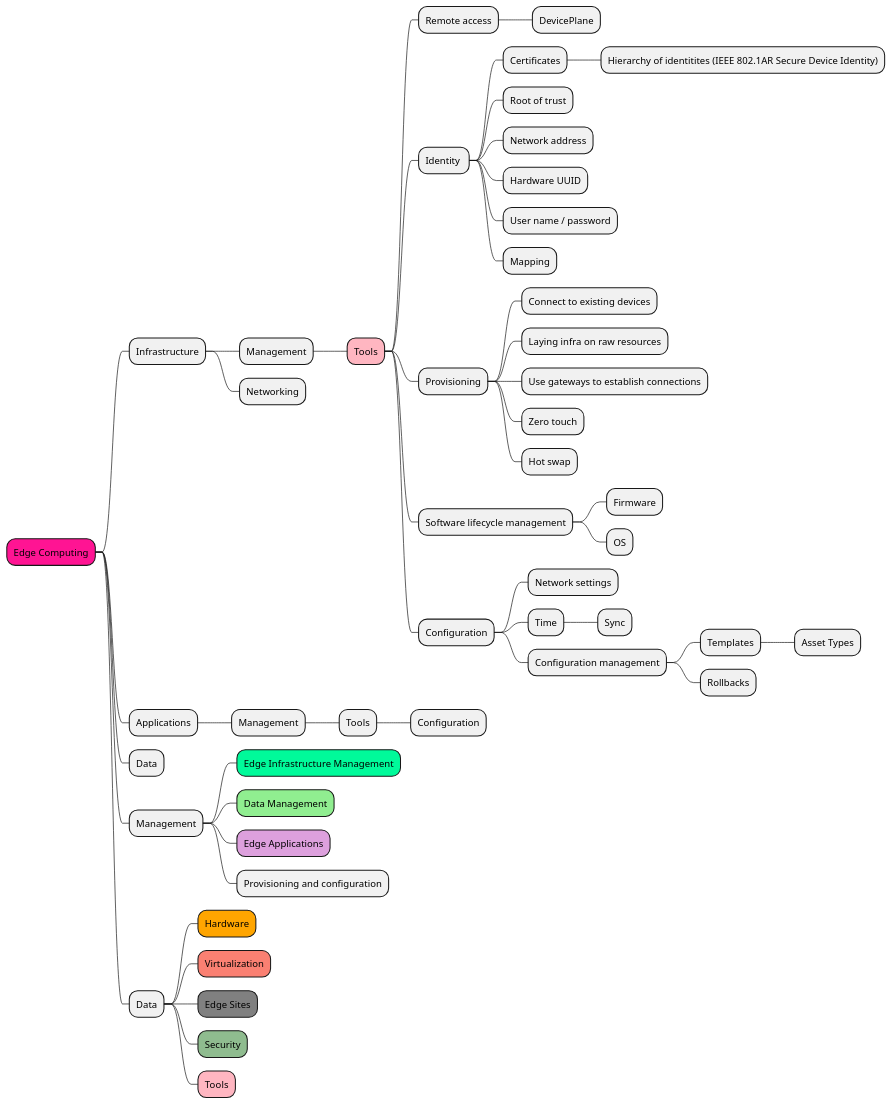
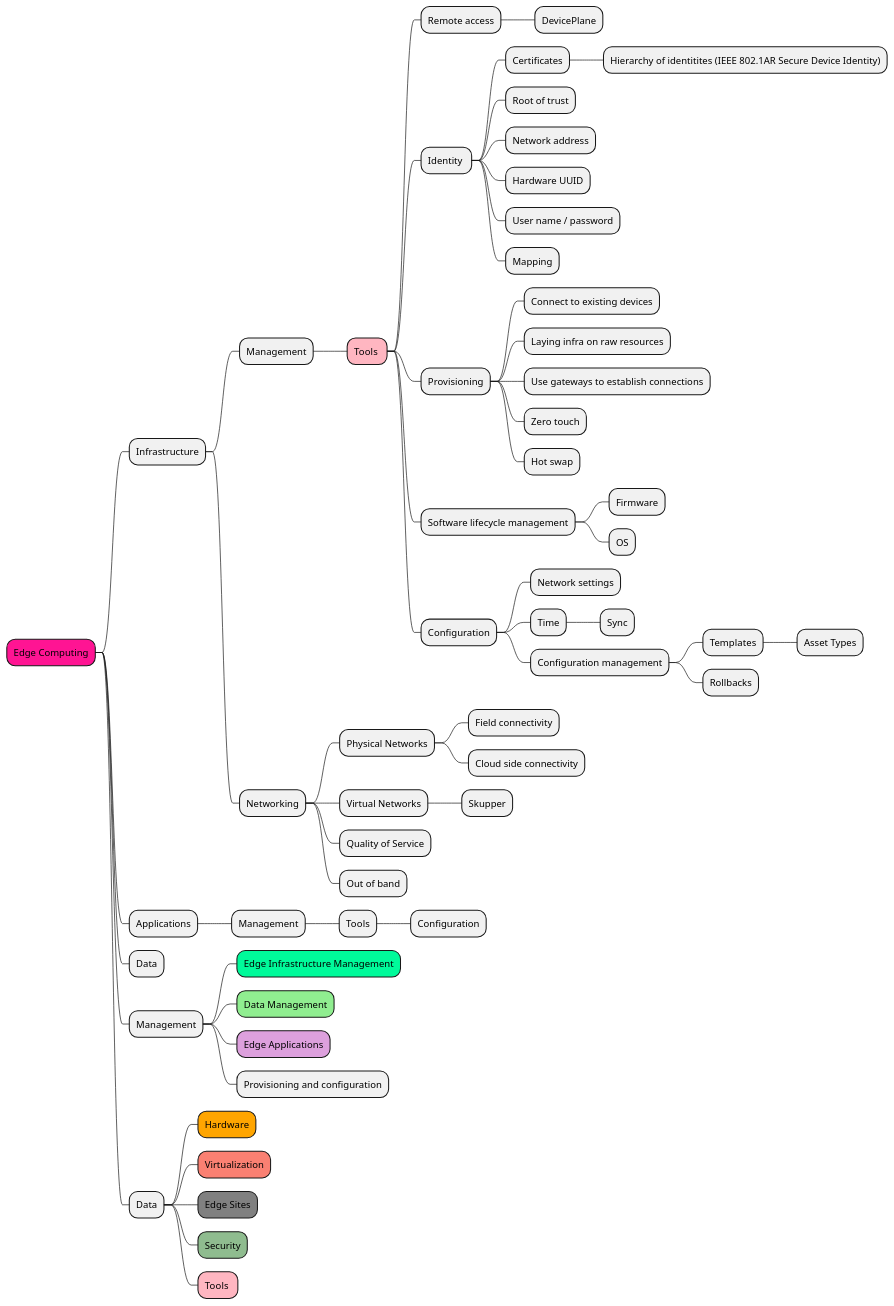
One commit to Eclipse-Edge-Native/Edge-Landscape changed the diagram in landscape/src/main/asciidoc/assets/plantuml/high-level-landscape.puml. Above: the diagram before and after it, drawn with PlantUML.

Commit message:
Adding changes from the September 1, 2021 work session.

```diff
--- a/landscape/src/main/asciidoc/assets/plantuml/high-level-landscape.puml
+++ b/landscape/src/main/asciidoc/assets/plantuml/high-level-landscape.puml
@@ -1,60 +1,69 @@
 @startmindmap
 
 *[#DeepPink] Edge Computing
 
 ** Infrastructure
 *** Management
-****[#LightPink] Tools
+****[#LightPink] Tools 
 ***** Remote access
 ****** DevicePlane
 ***** Identity 
 ****** Certificates
 ******* Hierarchy of identitites (IEEE 802.1AR Secure Device Identity)
 ****** Root of trust
 ****** Network address
 ****** Hardware UUID
 ****** User name / password
 ****** Mapping
 ***** Provisioning
 ****** Connect to existing devices
 ****** Laying infra on raw resources
 ****** Use gateways to establish connections
 ****** Zero touch
 ****** Hot swap
 ***** Software lifecycle management
 ****** Firmware
 ****** OS
 ***** Configuration
 ****** Network settings
 ****** Time
 ******* Sync
 ****** Configuration management
 ******* Templates
 ******** Asset Types
 ******* Rollbacks
 
 *** Networking
+**** Physical Networks
+***** Field connectivity
+***** Cloud side connectivity
+**** Virtual Networks
+***** Skupper
+**** Quality of Service
+**** Out of band
+ 
+
 ** Applications
 *** Management
 **** Tools
 ***** Configuration
 ** Data
 
 
 
 
 ** Management
 ***[#MediumSpringGreen] Edge Infrastructure Management
 ***[#LightGreen] Data Management
 ***[#Plum] Edge Applications
 *** Provisioning and configuration
 
 
 ** Data
 ***[#Orange] Hardware
 ***[#Salmon] Virtualization
 ***[#Grey] Edge Sites
 ***[#DarkSeaGreen] Security
-***[#LightPink] Tools
+***[#LightPink] Tools 
 
 @endmindmap
```
